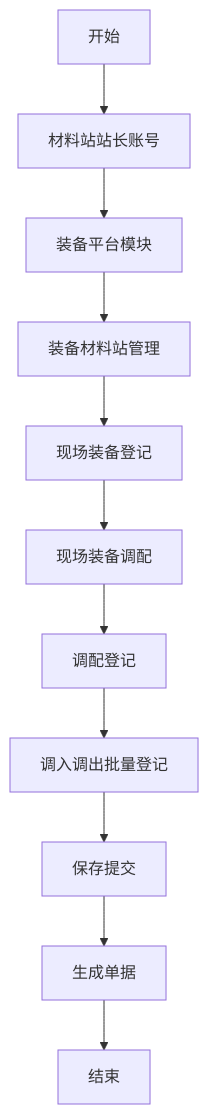
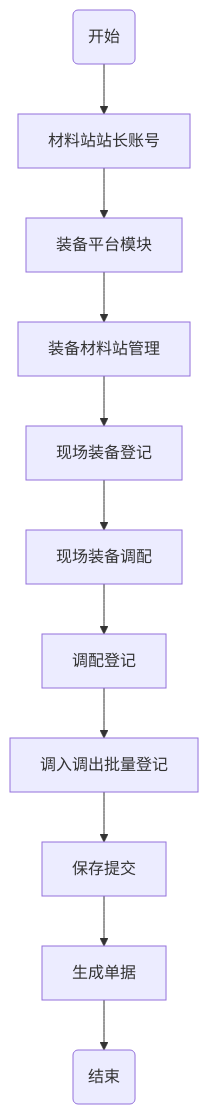
Before and after one commit to glaze-blue/zett-single-project: the fifth of 8 diagrams in asset/单项工程现场装备全流程管理流程图.md, drawn with Mermaid. The commit also changed other lines of this file, not shown here.

````diff
--- a/asset/单项工程现场装备全流程管理流程图.md
+++ b/asset/单项工程现场装备全流程管理流程图.md
@@ -133,13 +134,13 @@
 ```mermaid
 graph TD
-    00[开始] --> A[材料站站长账号]
+    00(开始)--> A[材料站站长账号]
     A --> B[装备平台模块]
     B --> C[装备材料站管理]
     C --> D[现场装备登记]
     D --> E[现场装备调配]
     E --> F[调配登记]
     F --> G[调入调出批量登记]
     G --> H[保存提交]
     H --> I[生成单据]
-    I --> J[结束]
+    I --> J(结束)
 ```
````
